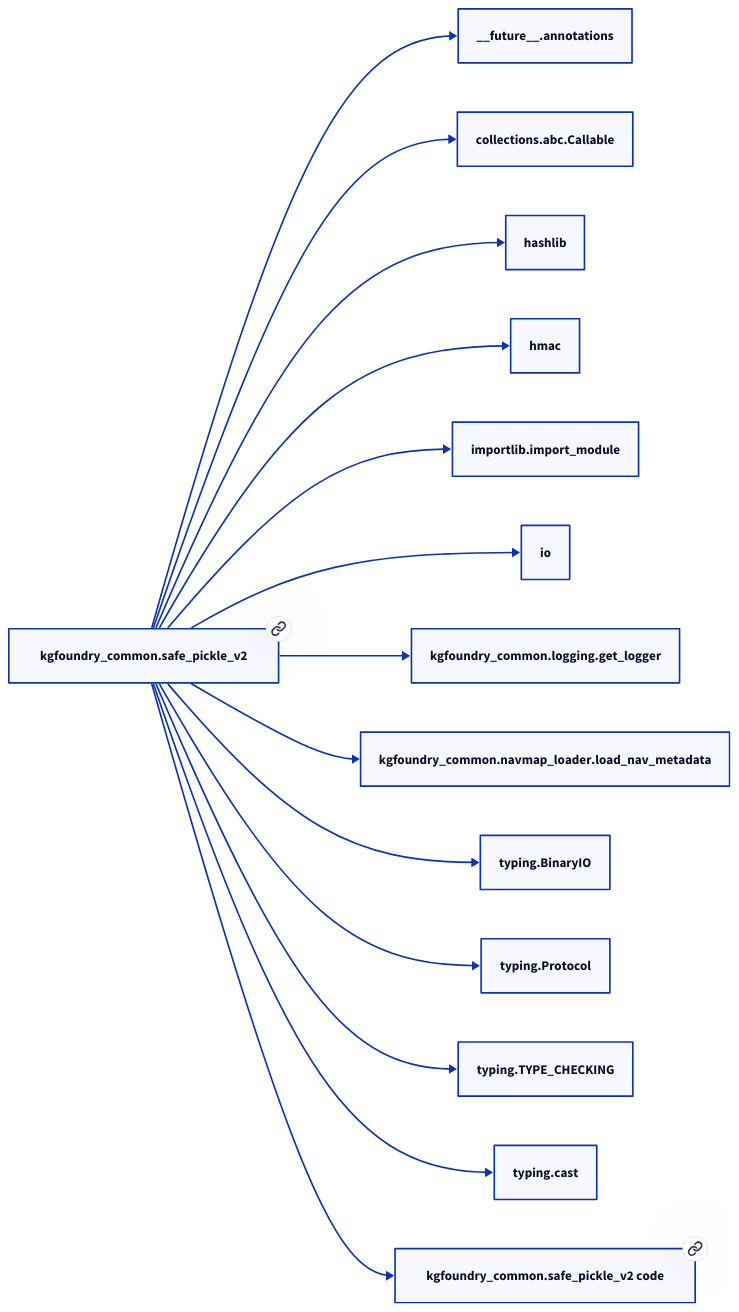
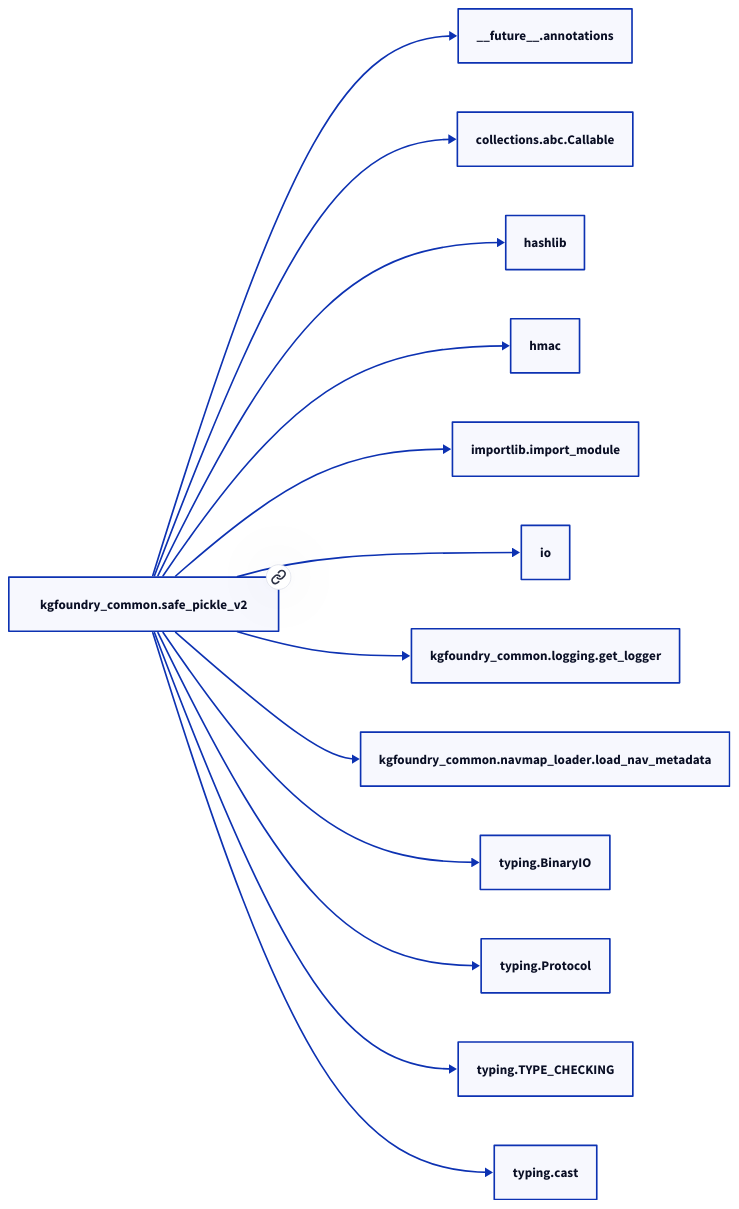
Before and after one commit to paul-heyse/kgforge: the second of 2 diagrams in docs/modules/kgfoundry_common/safe_pickle_v2.md, drawn with D2. The commit also changed other lines of this file and 118 other files, not shown here.

````diff
--- a/docs/modules/kgfoundry_common/safe_pickle_v2.md
+++ b/docs/modules/kgfoundry_common/safe_pickle_v2.md
@@ -107,30 +105,28 @@
 ```d2
 direction: right
-"kgfoundry_common.safe_pickle_v2": "kgfoundry_common.safe_pickle_v2" { link: "./kgfoundry_common/safe_pickle_v2.md" }
+"kgfoundry_common.safe_pickle_v2": "kgfoundry_common.safe_pickle_v2" { link: "safe_pickle_v2.md" }
 "__future__.annotations": "__future__.annotations"
 "kgfoundry_common.safe_pickle_v2" -> "__future__.annotations"
 "collections.abc.Callable": "collections.abc.Callable"
 "kgfoundry_common.safe_pickle_v2" -> "collections.abc.Callable"
 "hashlib": "hashlib"
 "kgfoundry_common.safe_pickle_v2" -> "hashlib"
 "hmac": "hmac"
 "kgfoundry_common.safe_pickle_v2" -> "hmac"
 "importlib.import_module": "importlib.import_module"
 "kgfoundry_common.safe_pickle_v2" -> "importlib.import_module"
 "io": "io"
 "kgfoundry_common.safe_pickle_v2" -> "io"
 "kgfoundry_common.logging.get_logger": "kgfoundry_common.logging.get_logger"
 "kgfoundry_common.safe_pickle_v2" -> "kgfoundry_common.logging.get_logger"
 "kgfoundry_common.navmap_loader.load_nav_metadata": "kgfoundry_common.navmap_loader.load_nav_metadata"
 "kgfoundry_common.safe_pickle_v2" -> "kgfoundry_common.navmap_loader.load_nav_metadata"
 "typing.BinaryIO": "typing.BinaryIO"
 "kgfoundry_common.safe_pickle_v2" -> "typing.BinaryIO"
 "typing.Protocol": "typing.Protocol"
 "kgfoundry_common.safe_pickle_v2" -> "typing.Protocol"
 "typing.TYPE_CHECKING": "typing.TYPE_CHECKING"
 "kgfoundry_common.safe_pickle_v2" -> "typing.TYPE_CHECKING"
 "typing.cast": "typing.cast"
 "kgfoundry_common.safe_pickle_v2" -> "typing.cast"
-"kgfoundry_common.safe_pickle_v2_code": "kgfoundry_common.safe_pickle_v2 code" { link: "https://github.com/kgfoundry/kgfoundry/blob/main/src/kgfoundry_common/safe_pickle_v2.py" }
-"kgfoundry_common.safe_pickle_v2" -> "kgfoundry_common.safe_pickle_v2_code" { style: dashed }
 ```
````
